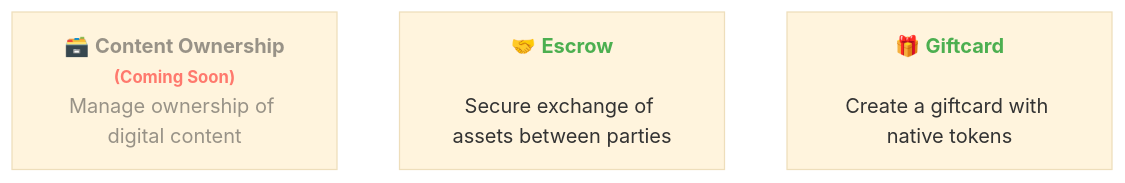
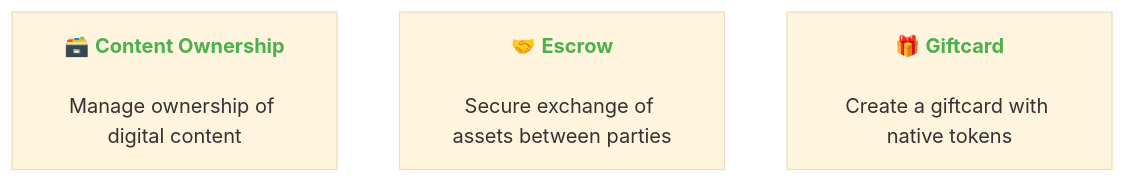
One commit to MeshJS/polkadot changed the first of 3 diagrams in apps/docs/src/pages/en/wiki/3_smart_contracts_lib/3000.md. Above: the diagram before and after it, drawn with Mermaid (base theme). The commit also changed 2 other files, not shown here.

Commit message:
menu content ownership

````diff
--- a/apps/docs/src/pages/en/wiki/3_smart_contracts_lib/3000.md
+++ b/apps/docs/src/pages/en/wiki/3_smart_contracts_lib/3000.md
@@ -12,10 +12,10 @@
 ```mermaid
 graph TD
-    A["🗃️ <b style='color:#4CAF50;opacity:0.5;'>Content Ownership<br><small style='color:red;'>(Coming Soon)</small></b><br><span style='opacity:0.5;'>Manage ownership of digital content</span>"]
+    A["🗃️ <b style='color:#4CAF50;'>Content Ownership</b><br><br>Manage ownership of digital content"]
     B["🤝 <b style='color:#4CAF50;'>Escrow</b><br><br>Secure exchange of assets between parties"]
     C["🎁 <b style='color:#4CAF50;'>Giftcard</b><br><br>Create a giftcard with native tokens"]
 
-    %% A intentionally has no click binding
+    click A "3007" "Content Ownership"
     click B "3004" "Escrow"
     click C "3001" "Giftcard"
 ```
````
